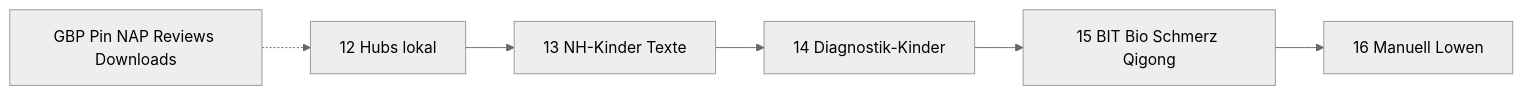
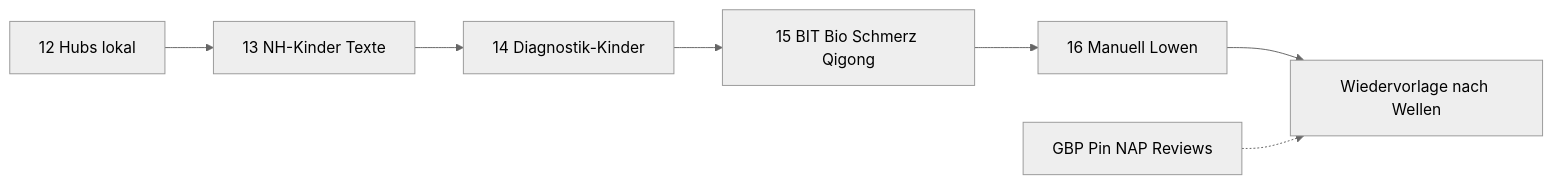
Before and after one commit to redshift-three67/naturheilpraxis-eeat: the diagram in docs/PLAN.md, drawn with Mermaid (neutral theme). The commit also changed other lines of this file and 2 other files, not shown here.

First line of the commit message:
Wiedervorlage nach Welle 16: H2, versus, Disclaimer, Pin/GBP

````diff
--- a/docs/PLAN.md
+++ b/docs/PLAN.md
@@ -139,8 +139,9 @@
 ```mermaid
 flowchart LR
   w12["12 Hubs lokal"] --> w13["13 NH-Kinder Texte"]
   w13 --> w14["14 Diagnostik-Kinder"]
   w14 --> w15["15 BIT Bio Schmerz Qigong"]
   w15 --> w16["16 Manuell Lowen"]
-  du["GBP Pin NAP Reviews Downloads"] -.-> w12
+  w16 --> wv["Wiedervorlage nach Wellen"]
+  du["GBP Pin NAP Reviews"] -.-> wv
 ```
````
